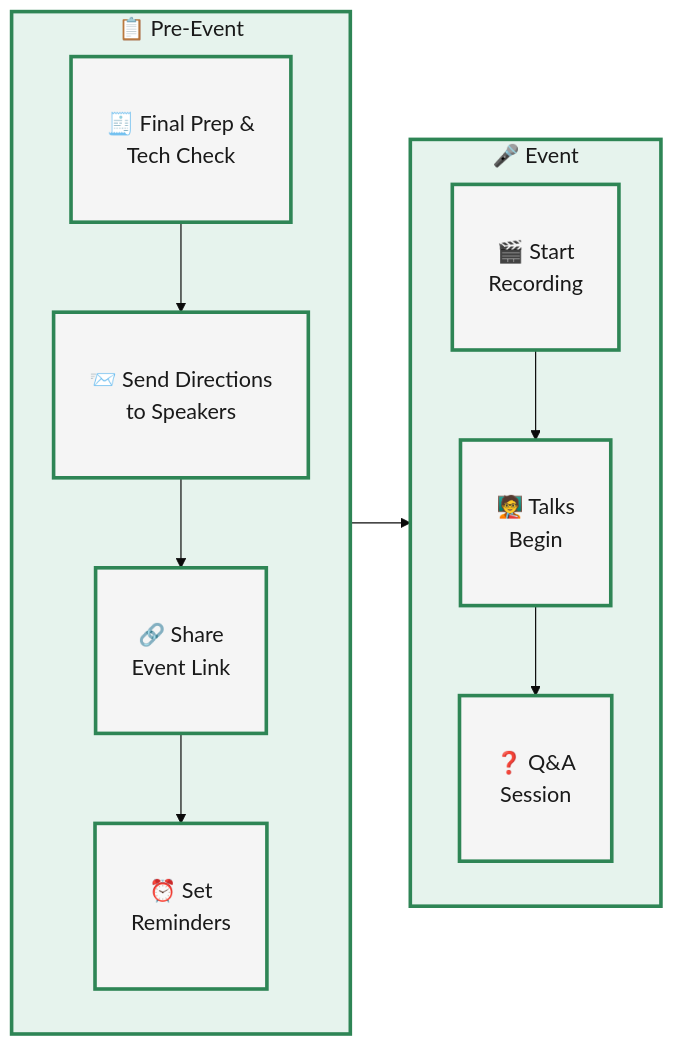
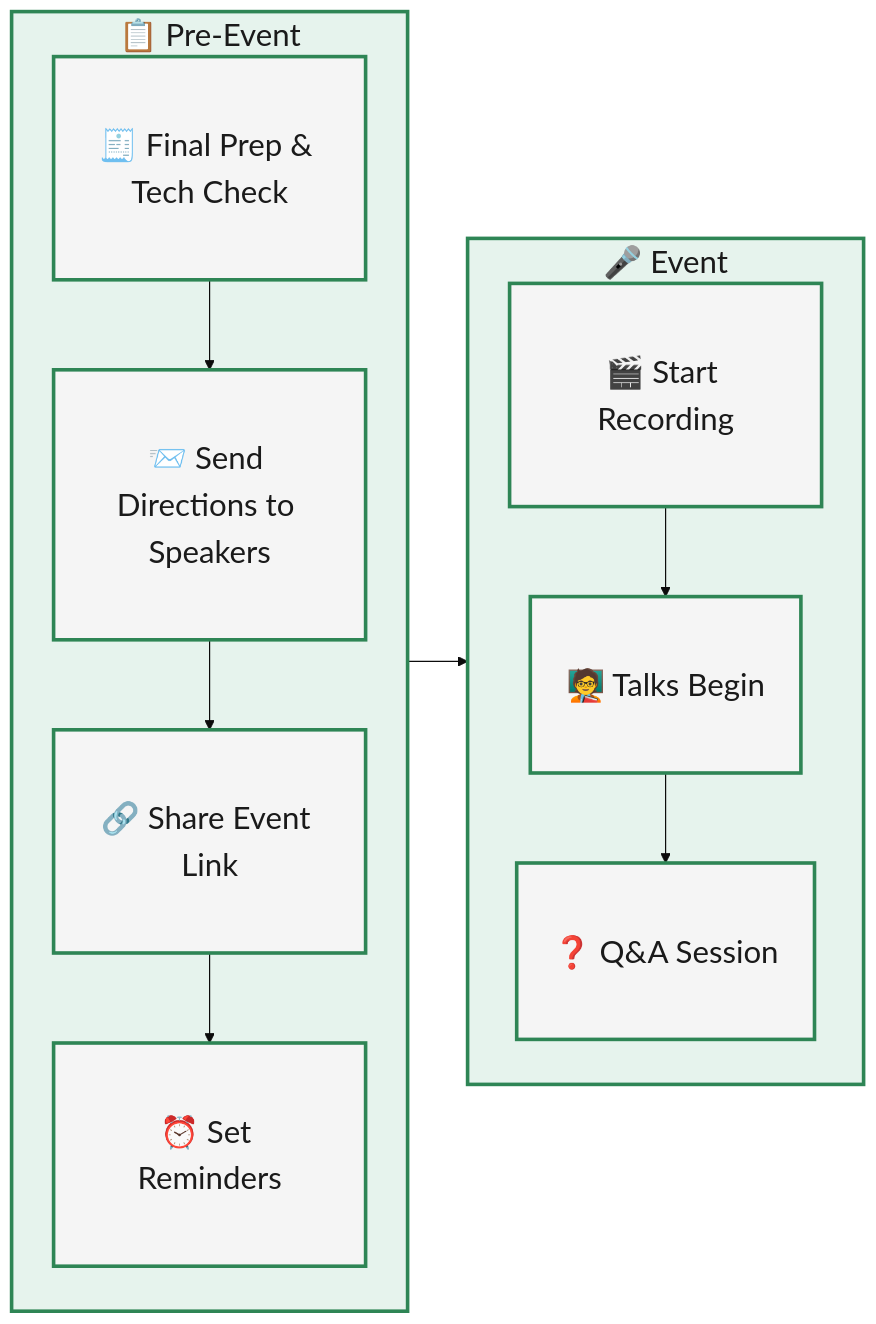
Before and after one commit to CBID2/VC-Community-Docs: the fourth of 5 diagrams in docs/lightning-talks/processes/project-workflow.md, drawn with Mermaid. The commit also changed other lines of this file, not shown here.

Commit message:
Update Lightning Talks workflow with improved Mermaid diagrams and mobile-friendly styling

````diff
--- a/docs/lightning-talks/processes/project-workflow.md
+++ b/docs/lightning-talks/processes/project-workflow.md
@@ -148,30 +179,30 @@
 ```mermaid
-%%{init: {'theme':'base', 'themeVariables': {'fontSize':'18px', 'fontFamily':'arial'}}}%%
+%%{init: {'theme':'base', 'themeVariables': {'fontSize':'26px', 'fontFamily':'arial'}}}%%
 flowchart LR
   %% Left Column - Pre-Event
   subgraph A["📋 Pre-Event"]
     direction TB
-    A1["🧾 Final Prep &<br/>Tech Check"]
-    A2["📨 Send Directions<br/>to Speakers"]
-    A3["🔗 Share<br/>Event Link"]
-    A4["⏰ Set<br/>Reminders"]
+    A1["🧾 Final Prep & Tech Check"]
+    A2["📨 Send Directions to Speakers"]
+    A3["🔗 Share Event Link"]
+    A4["⏰ Set Reminders"]
     A1 --> A2 --> A3 --> A4
   end
 
   %% Right Column - Event
   subgraph B["🎤 Event"]
     direction TB
-    B1["🎬 Start<br/>Recording"]
-    B2["🧑‍🏫 Talks<br/>Begin"]
-    B3["❓ Q&A<br/>Session"]
+    B1["🎬 Start Recording"]
+    B2["🧑‍🏫 Talks Begin"]
+    B3["❓ Q&A Session"]
     B1 --> B2 --> B3
   end
 
   %% Flow between columns
   A4 --> B1
 
   %% Styling
   classDef default fill:#f5f5f5,stroke:#2e8555,stroke-width:3px,color:#1a1a1a,padding:15px;
   classDef process fill:#e6f3ed,stroke:#2e8555,stroke-width:3px,color:#1a1a1a;
   class A,B process;
 ```
````
